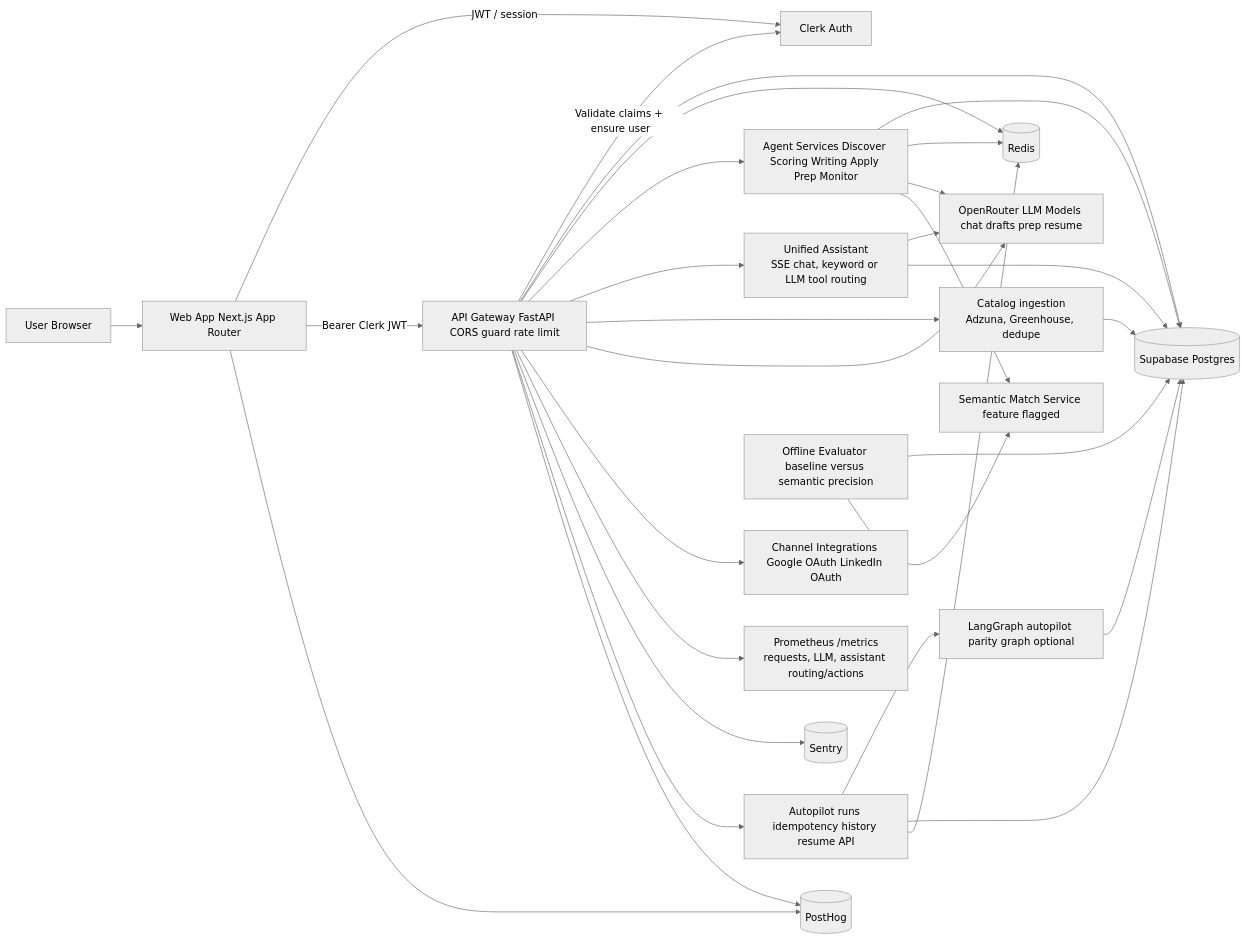
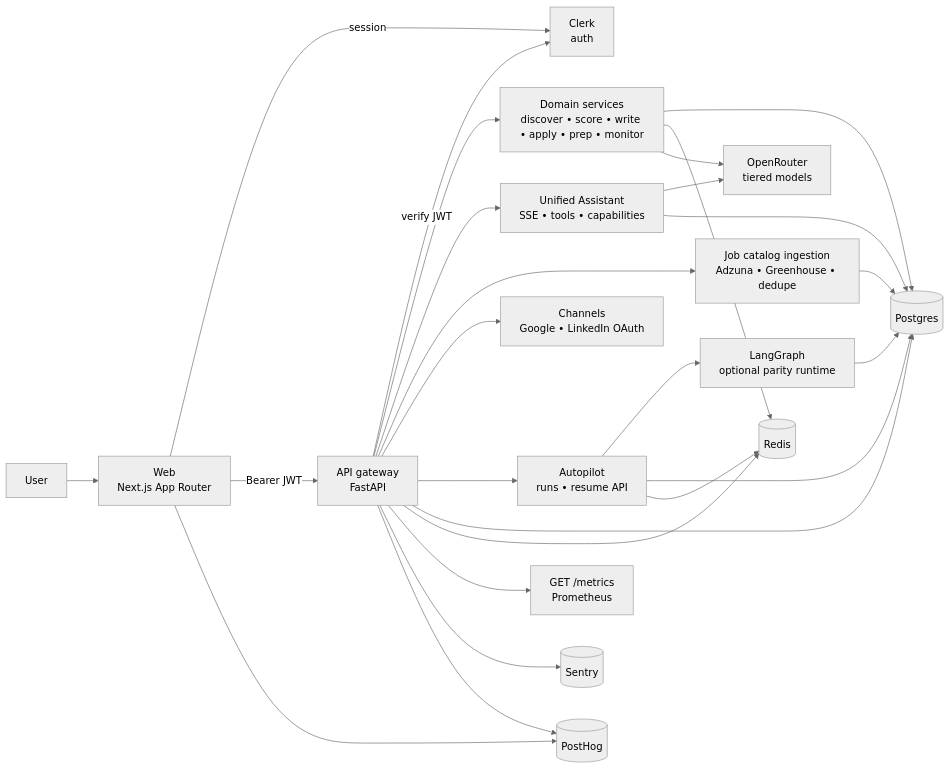
The first of 2 diagrams in README.md (frank-asket/doubow), drawn with Mermaid (neutral theme) before and after one commit. The commit also changed other lines of this file and 1 other file, not shown here.

Commit message:
Update README and architecture documentation to clarify Unified Assistant and job ingestion processes
- Revised the README to enhance details on the **Unified Assistant**, including its chat capabilities and structured actions.
- Updated architecture diagrams to accurately represent the integration of the Unified Assistant and job catalog ingestion services.
- Improved documentation on job catalog ingestion from Adzuna and Greenhouse, detailing the ingestion process and audit mechanisms.
- Clarified API routing and metrics related to assistant actions and job catalog interactions.

````diff
--- a/README.md
+++ b/README.md
@@ -24,51 +26,45 @@
 ```mermaid
 flowchart LR
-  U[User Browser]
-  FE[Web App Next.js App Router]
-  CL[Clerk Auth]
-  API[API Gateway FastAPI CORS guard rate limit]
-  LLM[OpenRouter LLM Models chat drafts prep resume]
-  DB[(Supabase Postgres)]
-  RD[(Redis)]
-  PH[(PostHog)]
-  SENTRY[(Sentry)]
-  METRICS["Prometheus /metrics<br/>requests, LLM, assistant routing/actions"]
-  AG[Agent Services Discover Scoring Writing Apply Prep Monitor]
-  ASST["Unified Assistant<br/>SSE chat, keyword or LLM tool routing"]
-  INGEST["Catalog ingestion<br/>Adzuna, Greenhouse, dedupe"]
-  OAUTH[Channel Integrations Google OAuth LinkedIn OAuth]
-  SEM[Semantic Match Service feature flagged]
-  EVAL[Offline Evaluator baseline versus semantic precision]
-  LG[LangGraph autopilot parity graph optional]
-  AUTO[Autopilot runs idempotency history resume API]
+  U[User]
+  FE["Web<br/>Next.js App Router"]
+  CL["Clerk<br/>auth"]
+  API["API gateway<br/>FastAPI"]
+  AG["Domain services<br/>discover • score • write • apply • prep • monitor"]
+  ASST["Unified Assistant<br/>SSE • tools • capabilities"]
+  INGEST["Job catalog ingestion<br/>Adzuna • Greenhouse • dedupe"]
+  DB[("Postgres")]
+  RD[("Redis")]
+  LLM["OpenRouter<br/>tiered models"]
+  OAUTH["Channels<br/>Google • LinkedIn OAuth"]
+  AUTO["Autopilot<br/>runs • resume API"]
+  LG["LangGraph<br/>optional parity runtime"]
+  PH[("PostHog")]
+  SE[("Sentry")]
+  METRICS["GET /metrics<br/>Prometheus"]
 
   U --> FE
-  FE -->|JWT / session| CL
-  FE -->|Bearer Clerk JWT| API
-  API -->|Validate claims + ensure user| CL
-  API --> DB
-  API --> RD
+  FE -->|session| CL
+  FE -->|Bearer JWT| API
+  API -->|verify JWT| CL
   API --> AG
   API --> ASST
   API --> INGEST
-  API --> LLM
   API --> OAUTH
+  API --> AUTO
+  API --> DB
+  API --> RD
   API --> METRICS
-  API --> SENTRY
-  API --> AUTO
-  AUTO --> LG
+  API --> SE
   AG --> DB
   AG --> RD
   AG --> LLM
-  AG --> SEM
   ASST --> LLM
   ASST --> DB
   INGEST --> DB
+  AUTO --> LG
   AUTO --> DB
   AUTO --> RD
   LG --> DB
-  EVAL --> DB
-  EVAL --> SEM
   FE --> PH
   API --> PH
 ```
````
